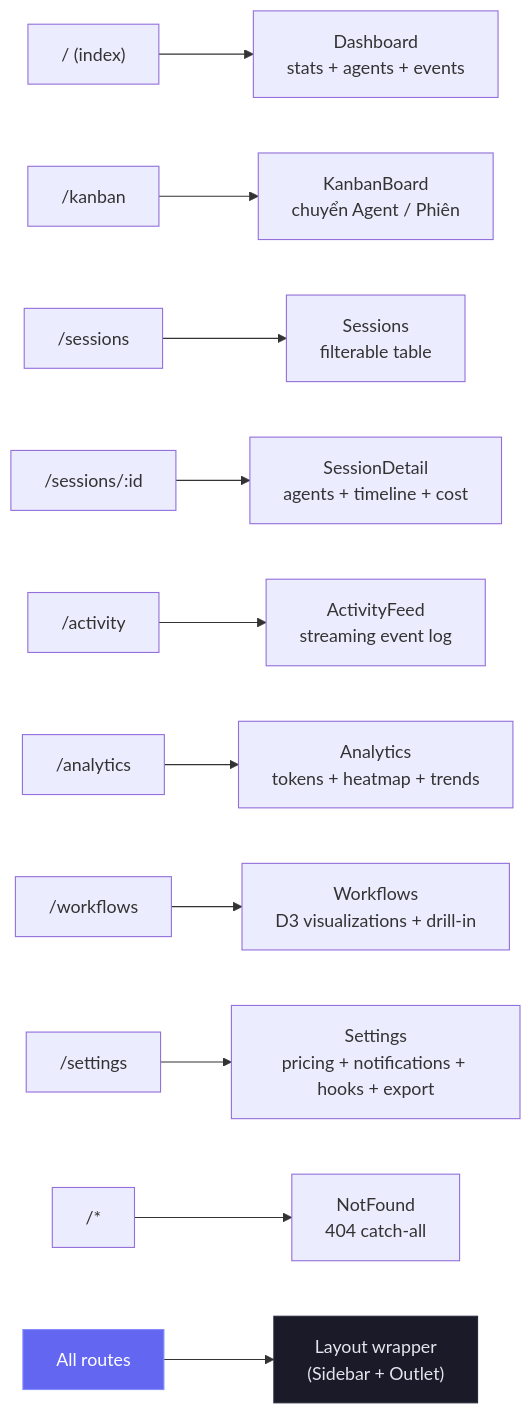
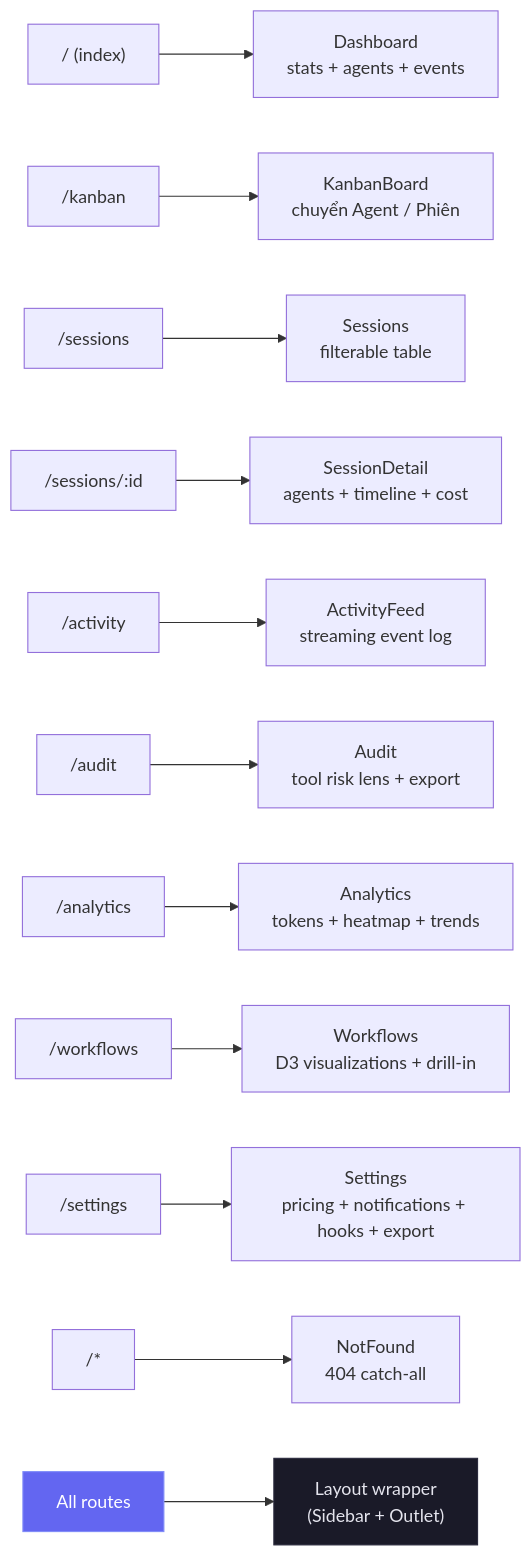
Before and after one commit to hoangsonww/Claude-Code-Agent-Monitor: diagram 18 of 22 in README-VN.md, drawn with Mermaid. The commit also changed other lines of this file and 16 other files, not shown here.

First line of the commit message:
docs(audit): document the Tool Risk Audit (#301)

````diff
--- a/README-VN.md
+++ b/README-VN.md
@@ -1959,17 +1973,18 @@
 ```mermaid
 graph LR
     ROOT["/ (index)"] --> DASH["Dashboard<br/>stats + agents + events"]
     K["/kanban"] --> KANBAN["KanbanBoard<br/>chuyển Agent / Phiên"]
     S["/sessions"] --> SESS["Sessions<br/>filterable table"]
     D["/sessions/:id"] --> DETAIL["SessionDetail<br/>agents + timeline + cost"]
     A["/activity"] --> ACT["ActivityFeed<br/>streaming event log"]
+    AU["/audit"] --> AUDIT["Audit<br/>tool risk lens + export"]
     AN["/analytics"] --> ANALYTICS["Analytics<br/>tokens + heatmap + trends"]
     WF["/workflows"] --> WORKFLOWS["Workflows<br/>D3 visualizations + drill-in"]
     ST["/settings"] --> SETTINGS["Settings<br/>pricing + notifications + hooks + export"]
     NF["/*"] --> NOTFOUND["NotFound<br/>404 catch-all"]
 
     ALL["All routes"] --> LAYOUT["Layout wrapper<br/>(Sidebar + Outlet)"]
 
     style ALL fill:#6366f1,stroke:#818cf8,color:#fff
     style LAYOUT fill:#1a1a28,stroke:#2a2a3d,color:#e4e4ed
 ```
````
